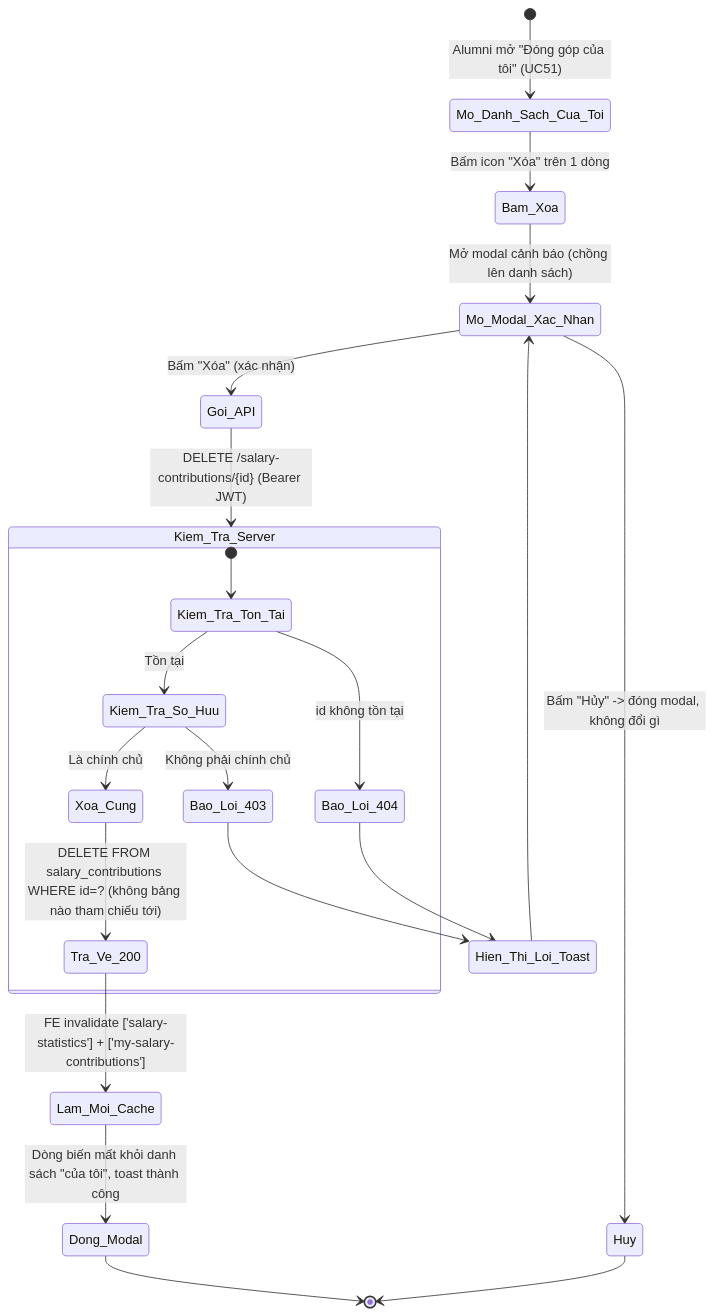
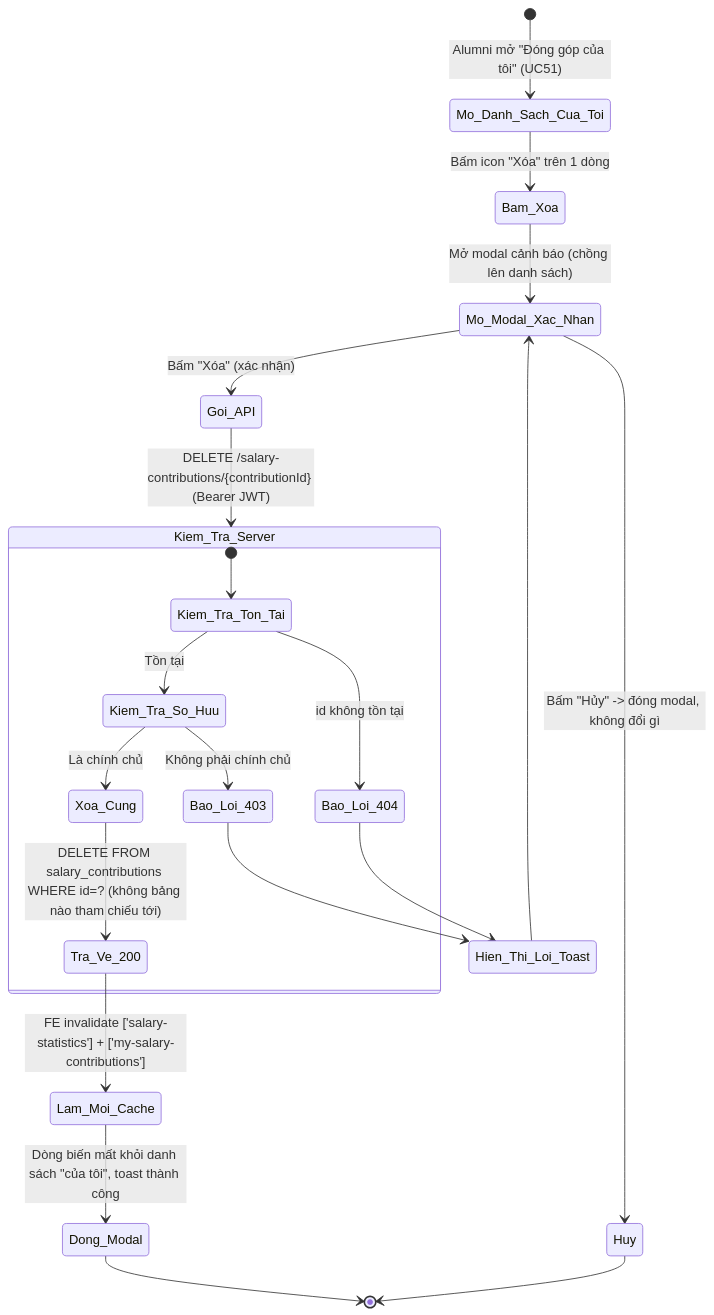
One commit to Alumnect/Alumnect changed the first of 3 diagrams in docs/update_SRS/SRS_UC_UC52_DeleteSalaryContribution.md. Above: the diagram before and after it, drawn with Mermaid. The commit also changed other lines of this file and 83 other files, not shown here.

````diff
--- a/docs/update_SRS/SRS_UC_UC52_DeleteSalaryContribution.md
+++ b/docs/update_SRS/SRS_UC_UC52_DeleteSalaryContribution.md
@@ -7,28 +7,28 @@
 ```mermaid
 stateDiagram-v2
     [*] --> Mo_Danh_Sach_Cua_Toi : Alumni mở "Đóng góp của tôi" (UC51)
     Mo_Danh_Sach_Cua_Toi --> Bam_Xoa : Bấm icon "Xóa" trên 1 dòng
     Bam_Xoa --> Mo_Modal_Xac_Nhan : Mở modal cảnh báo (chồng lên danh sách)
 
     Mo_Modal_Xac_Nhan --> Huy : Bấm "Hủy" -> đóng modal, không đổi gì
     Mo_Modal_Xac_Nhan --> Goi_API : Bấm "Xóa" (xác nhận)
 
-    Goi_API --> Kiem_Tra_Server : DELETE /salary-contributions/{id} (Bearer JWT)
+    Goi_API --> Kiem_Tra_Server : DELETE /salary-contributions/{contributionId} (Bearer JWT)
 
     state Kiem_Tra_Server {
         [*] --> Kiem_Tra_Ton_Tai
         Kiem_Tra_Ton_Tai --> Bao_Loi_404 : id không tồn tại
         Kiem_Tra_Ton_Tai --> Kiem_Tra_So_Huu : Tồn tại
         Kiem_Tra_So_Huu --> Bao_Loi_403 : Không phải chính chủ
         Kiem_Tra_So_Huu --> Xoa_Cung : Là chính chủ
         Xoa_Cung --> Tra_Ve_200 : DELETE FROM salary_contributions WHERE id=? (không bảng nào tham chiếu tới)
     }
 
     Bao_Loi_403 --> Hien_Thi_Loi_Toast
     Bao_Loi_404 --> Hien_Thi_Loi_Toast
     Hien_Thi_Loi_Toast --> Mo_Modal_Xac_Nhan
     Tra_Ve_200 --> Lam_Moi_Cache : FE invalidate ['salary-statistics'] + ['my-salary-contributions']
     Lam_Moi_Cache --> Dong_Modal : Dòng biến mất khỏi danh sách "của tôi", toast thành công
     Dong_Modal --> [*]
     Huy --> [*]
 ```
````
